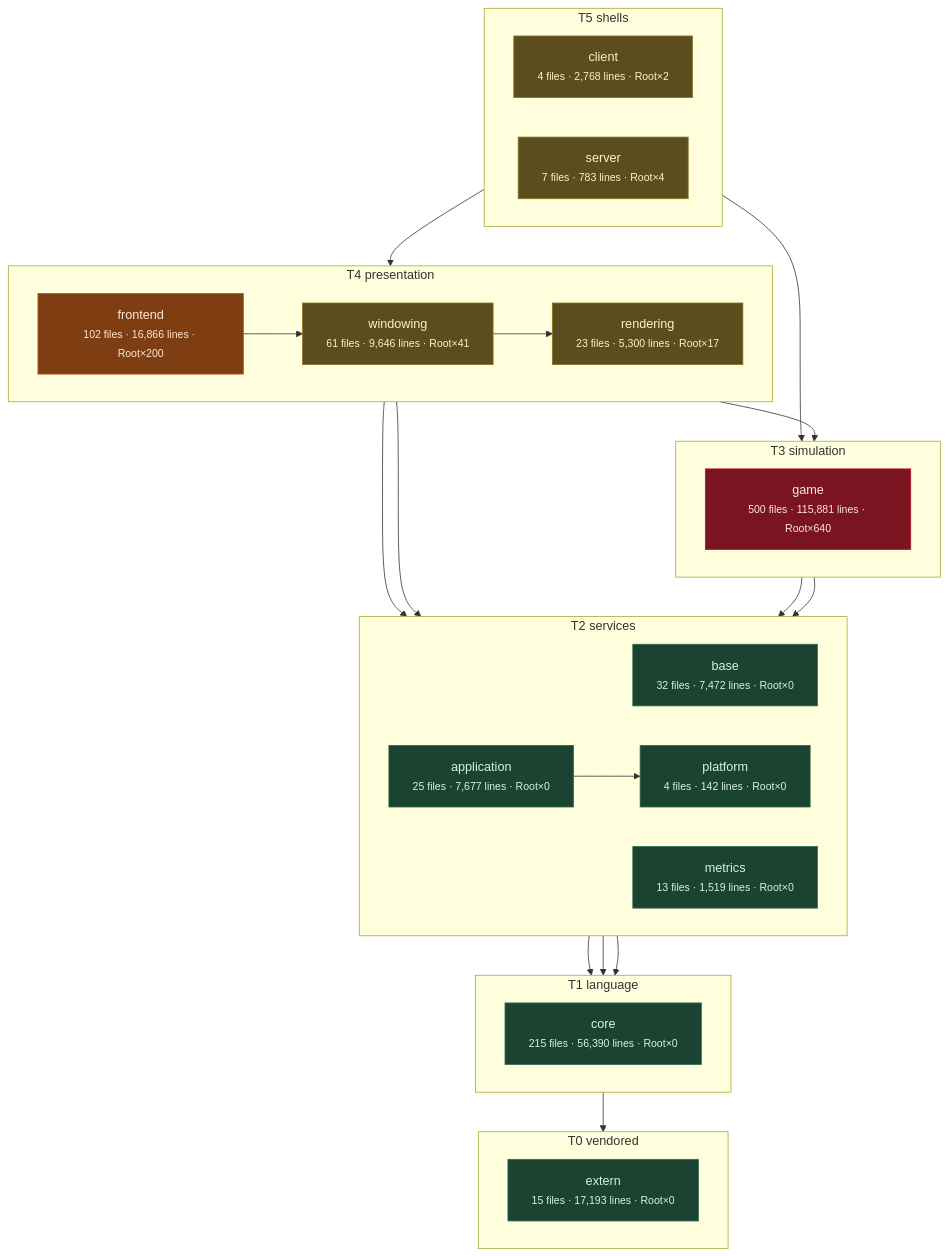
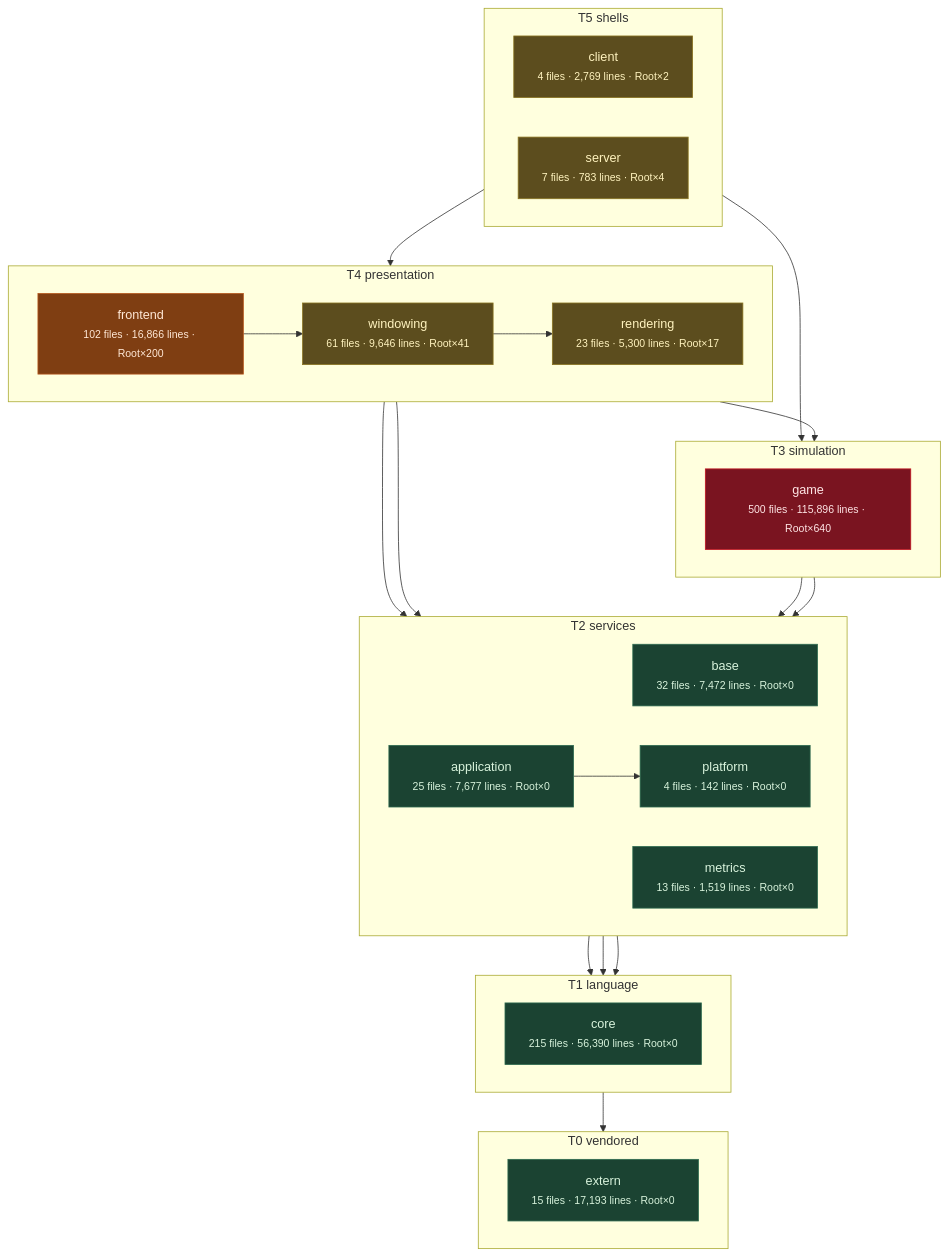
The third of 11 diagrams in docs/architecture/system-boundaries.md (apnex/OpenStarbound), drawn with Mermaid before and after one commit. The commit also changed other lines of this file and 2 other files, not shown here.

````diff
--- a/docs/architecture/system-boundaries.md
+++ b/docs/architecture/system-boundaries.md
@@ -271,55 +271,55 @@
 ```mermaid
 flowchart TD
   subgraph T0["T0 vendored"]
     direction LR
     extern["extern<br/><small>15 files · 17,193 lines · Root×0</small>"]
   end
   subgraph T1["T1 language"]
     direction LR
     core["core<br/><small>215 files · 56,390 lines · Root×0</small>"]
   end
   subgraph T2["T2 services"]
     direction LR
     base["base<br/><small>32 files · 7,472 lines · Root×0</small>"]
     metrics["metrics<br/><small>13 files · 1,519 lines · Root×0</small>"]
     platform["platform<br/><small>4 files · 142 lines · Root×0</small>"]
     application["application<br/><small>25 files · 7,677 lines · Root×0</small>"]
   end
   subgraph T3["T3 simulation"]
     direction LR
-    game["game<br/><small>500 files · 115,881 lines · Root×640</small>"]
+    game["game<br/><small>500 files · 115,896 lines · Root×640</small>"]
   end
   subgraph T4["T4 presentation"]
     direction LR
     rendering["rendering<br/><small>23 files · 5,300 lines · Root×17</small>"]
     windowing["windowing<br/><small>61 files · 9,646 lines · Root×41</small>"]
     frontend["frontend<br/><small>102 files · 16,866 lines · Root×200</small>"]
   end
   subgraph T5["T5 shells"]
     direction LR
-    client["client<br/><small>4 files · 2,768 lines · Root×2</small>"]
+    client["client<br/><small>4 files · 2,769 lines · Root×2</small>"]
     server["server<br/><small>7 files · 783 lines · Root×4</small>"]
   end
   core --> extern
   base --> core
   metrics --> core
   platform --> core
   application --> platform
   game --> base
   game --> platform
   rendering --> application
   rendering --> game
   windowing --> rendering
   frontend --> metrics
   frontend --> windowing
   client --> frontend
   server --> game
   classDef clean fill:#1b4332,stroke:#2d6a4f,color:#d8f3dc
   classDef warm  fill:#5c4d1e,stroke:#8a7420,color:#fff3bf
   classDef hot   fill:#7f3e12,stroke:#b5561b,color:#ffe8d6
   classDef blaze fill:#7a1420,stroke:#c1121f,color:#ffe5e5
   class extern,core,base,metrics,platform,application clean
   class rendering,windowing,client,server warm
   class frontend hot
   class game blaze
 ```
````
